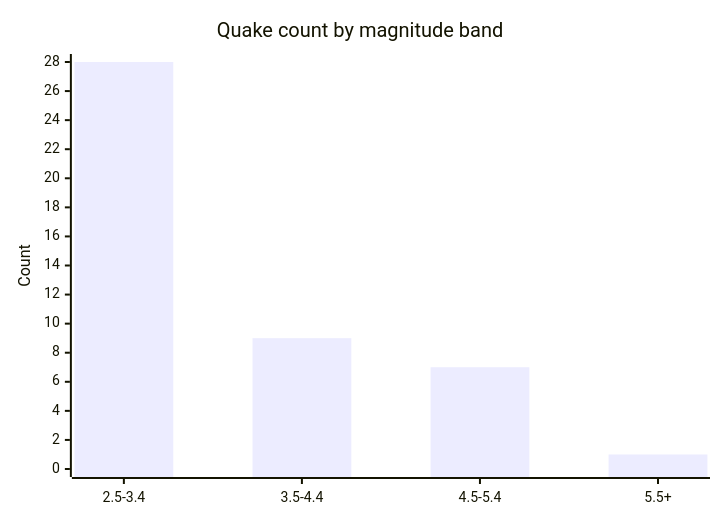
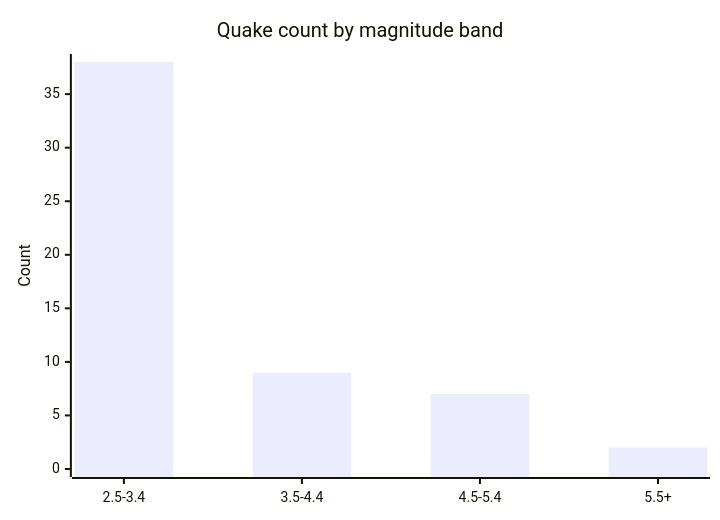
Before and after one commit to Midwest-Stratospheric/aerostratospheric-defense-gir: the fifth of 6 diagrams in docs/GRAPHS.md, drawn with Mermaid. The commit also changed other lines of this file and 27 other files, not shown here.

````diff
--- a/docs/GRAPHS.md
+++ b/docs/GRAPHS.md
@@ -82,7 +82,7 @@
 ```mermaid
 xychart-beta
   title "Quake count by magnitude band"
   x-axis ["2.5-3.4", "3.5-4.4", "4.5-5.4", "5.5+"]
-  y-axis "Count" 0 --> 28
-  bar [28, 9, 7, 1]
+  y-axis "Count" 0 --> 38
+  bar [38, 9, 7, 2]
 ```
````
